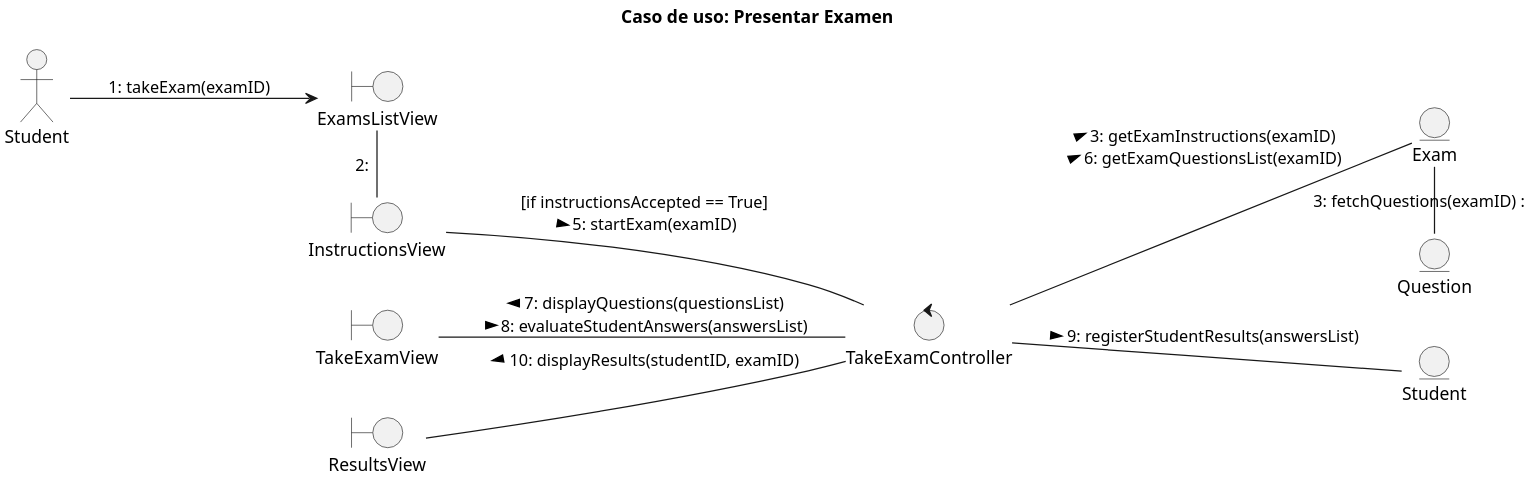
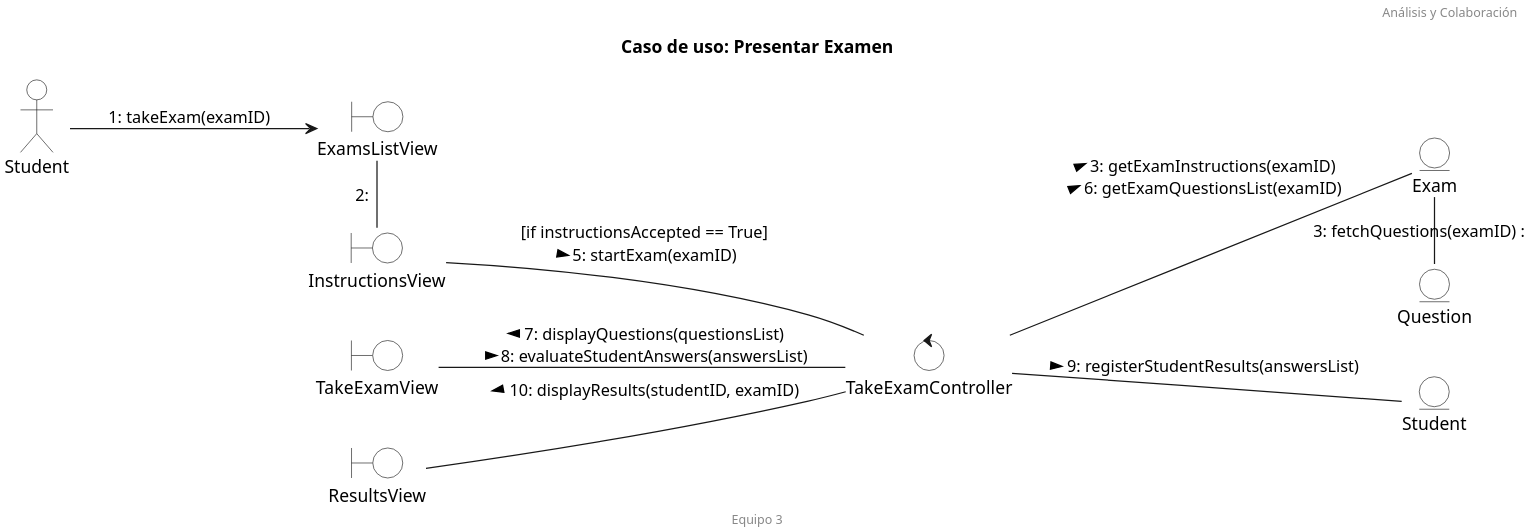
The diagram in docs/logicalView/analysisView/diagramas de colaboracion/diagramaMVC6.plantuml (febres35/EdTech_IS), drawn with PlantUML before and after one commit. The commit also changed 20 other files, not shown here.

Commit message:
Eliminados viejos diagramas

```diff
--- a/docs/logicalView/analysisView/diagramas de colaboracion/diagramaMVC6.plantuml
+++ b/docs/logicalView/analysisView/diagramas de colaboracion/diagramaMVC6.plantuml
@@ -1,30 +1,37 @@
 @startuml "Diagrama de colaboracion"
 
 title "Caso de uso: Presentar Examen"
 
 left to right direction
 
 skinparam Dpi 300
+skinparam EntityBackgroundColor white
+skinparam BoundaryBackgroundColor white
+skinparam ControlBackgroundColor white
+skinparam ActorBackgroundColor white
+
+header Análisis y Colaboración
+footer Equipo 3
 
 actor "Student" as std
 boundary "ExamsListView" as ELV
 boundary "InstructionsView" as IV
 boundary "TakeExamView" as TEV
 boundary "ResultsView" as RV
 control "TakeExamController" as TEC
 entity "Student" as stde
 entity "Exam" as ex
 entity "Question" as que
 
 
 
 std-->ELV : 1: takeExam(examID)
 ELV-IV : 2: 
 IV--TEC : [if instructionsAccepted == True] \n5: startExam(examID) >
 TEV--TEC : 7: displayQuestions(questionsList) <\n8: evaluateStudentAnswers(answersList) >
 RV--TEC : 10: displayResults(studentID, examID) <
 TEC--stde : 9: registerStudentResults(answersList) >
 TEC--ex : 3: getExamInstructions(examID) >\n6: getExamQuestionsList(examID) >
 ex-que :3: fetchQuestions(examID) : 
 
 @enduml
```
